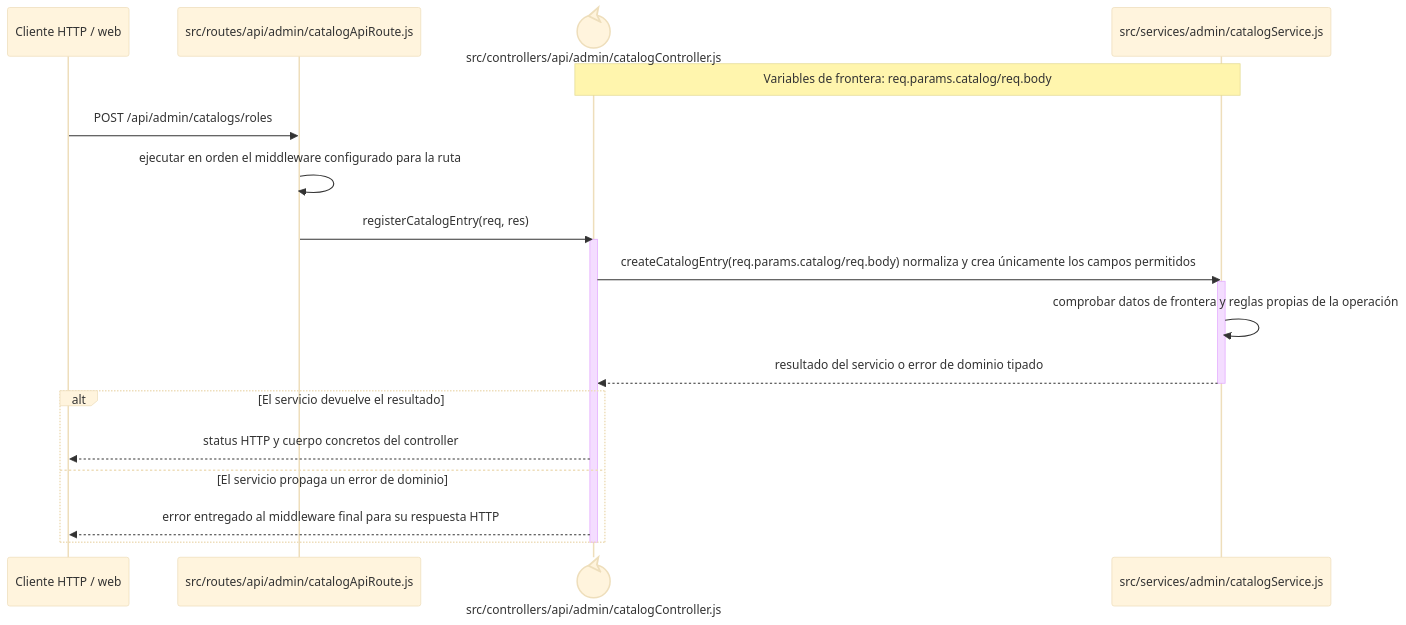
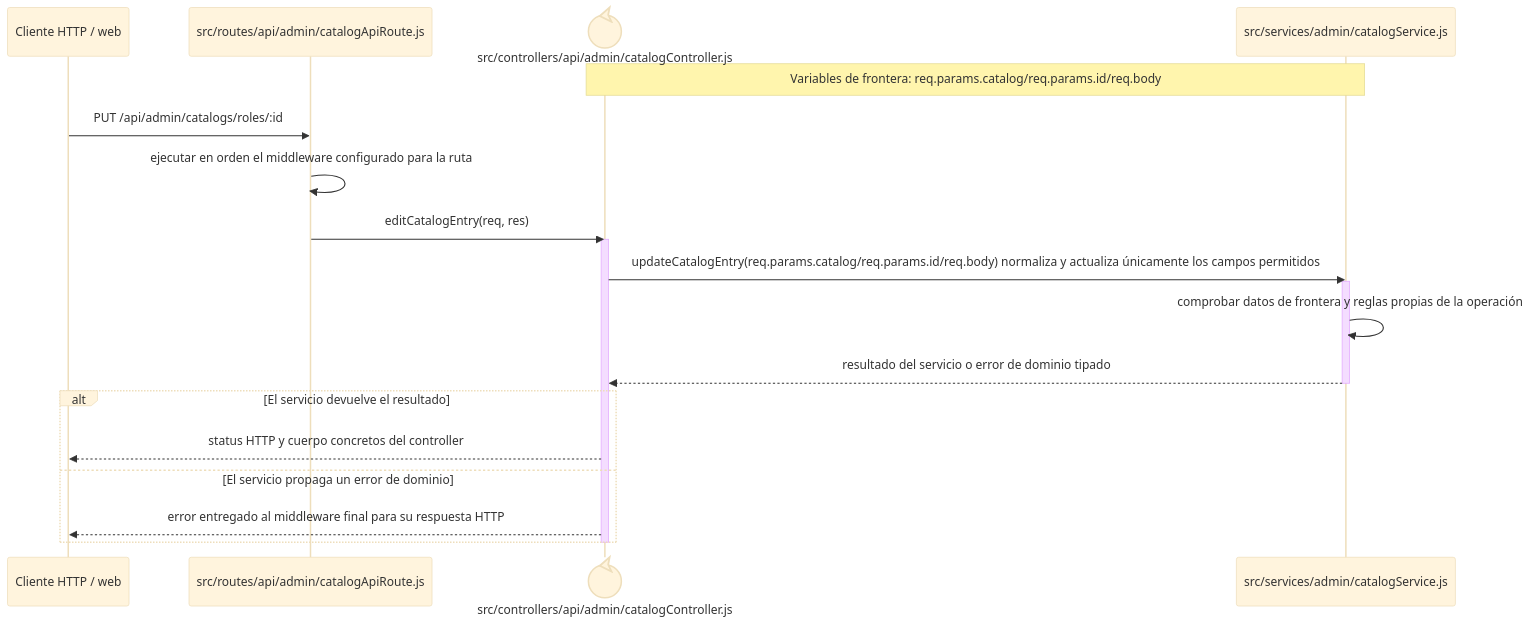
One commit to gpgsistemas01/nexus changed the diagram in docs/architecture/backend-code-sequences/catalogs/cu-cat-14.md. Above: the diagram before and after it, drawn with Mermaid (base theme). The commit also changed other lines of this file and 167 other files, not shown here.

````diff
--- a/docs/architecture/backend-code-sequences/catalogs/cu-cat-14.md
+++ b/docs/architecture/backend-code-sequences/catalogs/cu-cat-14.md
@@ -6,24 +6,24 @@
 ```mermaid
 sequenceDiagram
     participant Client as Cliente HTTP / web
     participant Route as src/routes/api/admin/catalogApiRoute.js
     participant Controller@{ "type": "control" } as src/controllers/api/admin/catalogController.js
     participant Domain as src/services/admin/catalogService.js
-    Note over Controller,Domain: Variables de frontera: req.params.catalog/req.body
+    Note over Controller,Domain: Variables de frontera: req.params.catalog/req.params.id/req.body
 
-    Client->>Route: POST /api/admin/catalogs/roles
+    Client->>Route: PUT /api/admin/catalogs/roles/:id
     Route->>Route: ejecutar en orden el middleware configurado para la ruta
-    Route->>Controller: registerCatalogEntry(req, res)
+    Route->>Controller: editCatalogEntry(req, res)
     activate Controller
-    Controller->>Domain: createCatalogEntry(req.params.catalog/req.body) normaliza y crea únicamente los campos permitidos
+    Controller->>Domain: updateCatalogEntry(req.params.catalog/req.params.id/req.body) normaliza y actualiza únicamente los campos permitidos
     activate Domain
     Domain->>Domain: comprobar datos de frontera y reglas propias de la operación
     Domain-->>Controller: resultado del servicio o error de dominio tipado
     deactivate Domain
     alt El servicio devuelve el resultado
         Controller-->>Client: status HTTP y cuerpo concretos del controller
     else El servicio propaga un error de dominio
         Controller-->>Client: error entregado al middleware final para su respuesta HTTP
     end
     deactivate Controller
 ```
````
